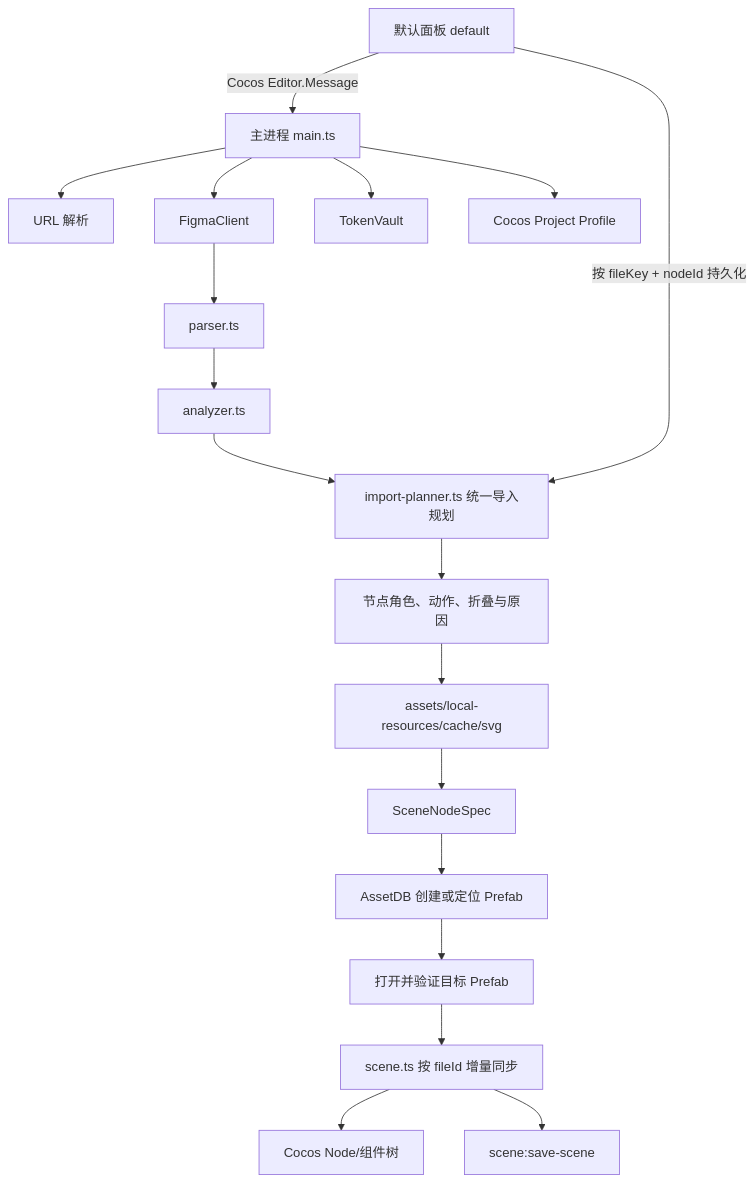
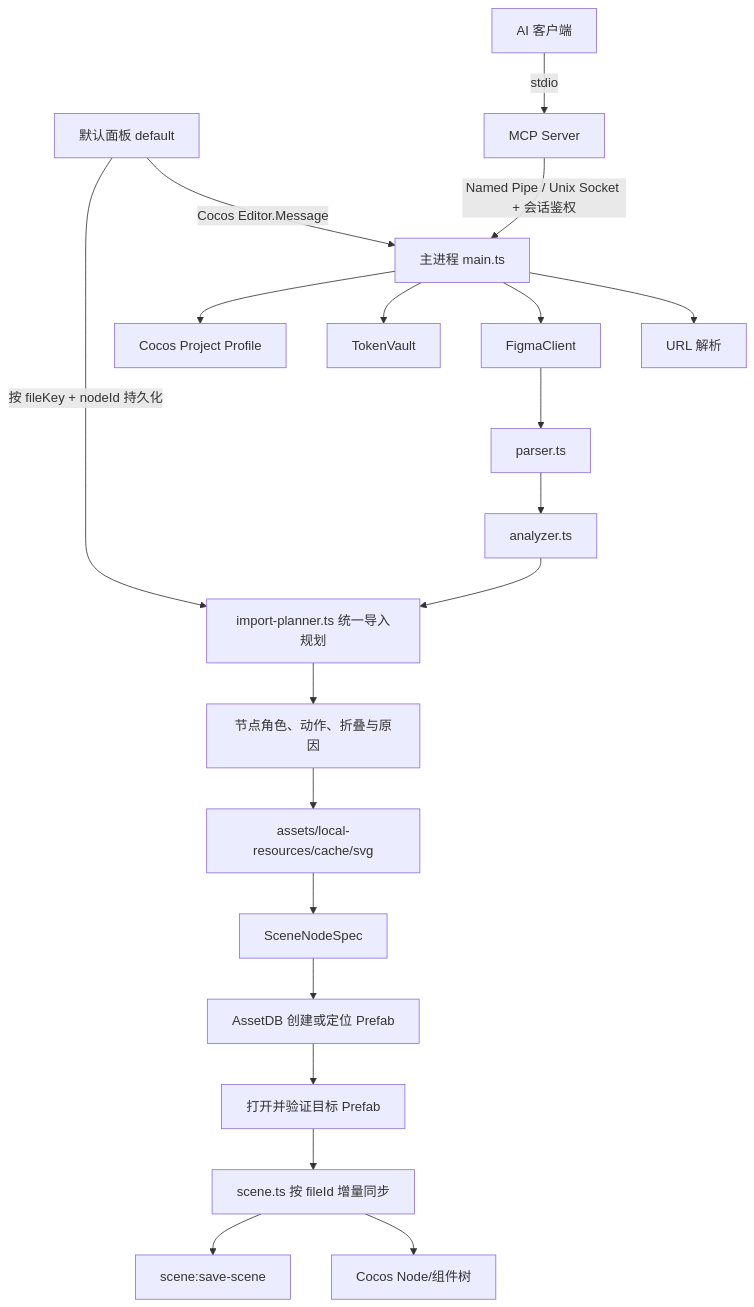
Before and after one commit to lambertlbss/cocos: the diagram in FIGMA_IMPORTER_KNOWLEDGE_BASE.md, drawn with Mermaid. The commit also changed other lines of this file and 28 other files, not shown here.

````diff
--- a/FIGMA_IMPORTER_KNOWLEDGE_BASE.md
+++ b/FIGMA_IMPORTER_KNOWLEDGE_BASE.md
@@ -62,20 +63,22 @@
 ```mermaid
 flowchart TD
     UI[默认面板 default] -->|Cocos Editor.Message| MAIN[主进程 main.ts]
+    AI[AI 客户端] -->|stdio| MCP[MCP Server]
+    MCP -->|Named Pipe / Unix Socket + 会话鉴权| MAIN
     MAIN --> URL[URL 解析]
     MAIN --> CLIENT[FigmaClient]
     CLIENT --> PARSER[parser.ts]
     PARSER --> ANALYZER[analyzer.ts]
     ANALYZER --> PLANNER[import-planner.ts 统一导入规划]
     UI -->|按 fileKey + nodeId 持久化| PLANNER
     PLANNER --> DECISIONS[节点角色、动作、折叠与原因]
     DECISIONS --> ASSETS[assets/local-resources/cache/svg]
     ASSETS --> SPECS[SceneNodeSpec]
     SPECS --> ASSETDB[AssetDB 创建或定位 Prefab]
     ASSETDB --> PREFAB[打开并验证目标 Prefab]
     PREFAB --> SCENE[scene.ts 按 fileId 增量同步]
     SCENE --> NODES[Cocos Node/组件树]
     SCENE --> SAVE[scene:save-scene]
     MAIN --> VAULT[TokenVault]
     MAIN --> PROFILE[Cocos Project Profile]
 ```
````
